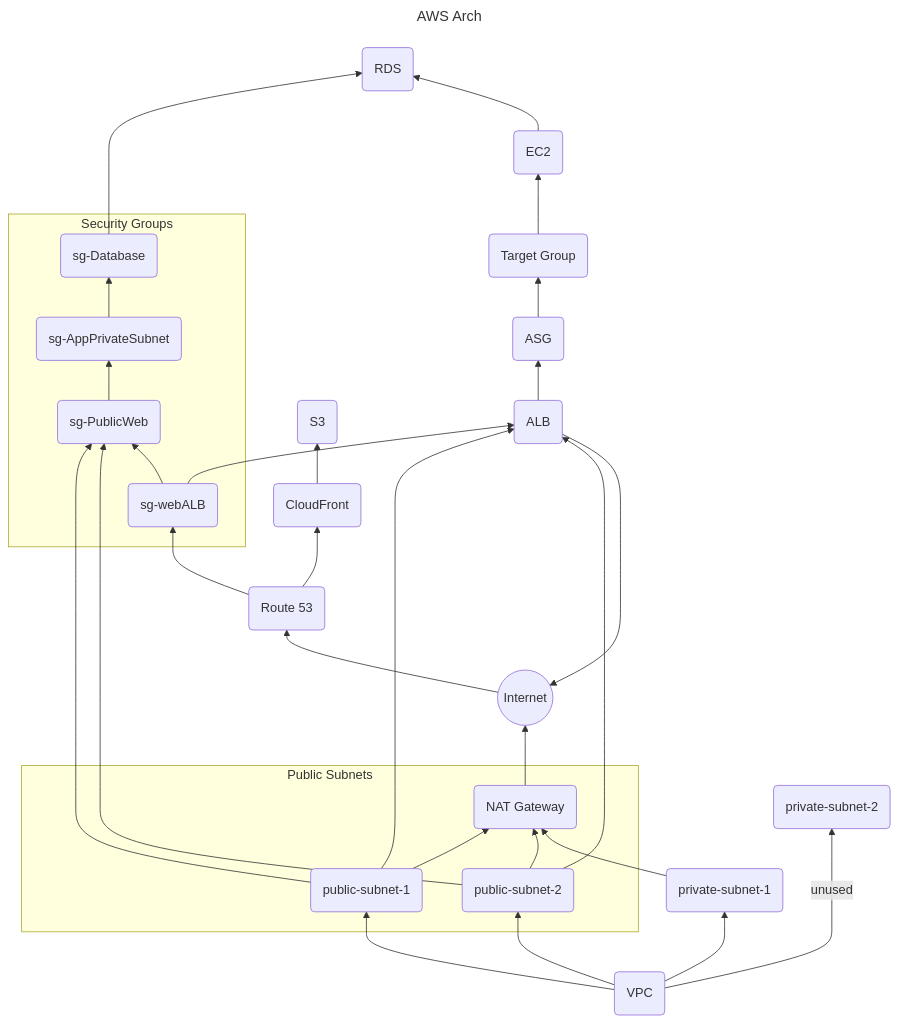
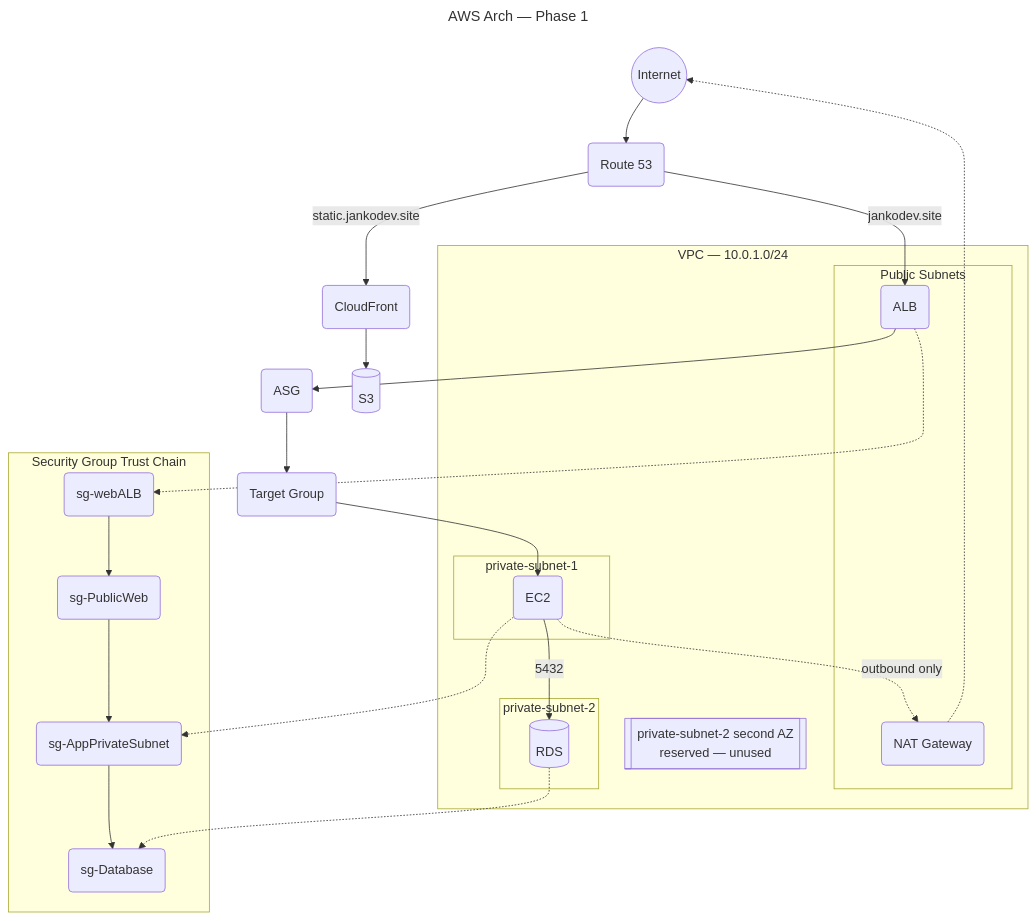
Before and after one commit to janiman89dev/OneYearDevOps: the diagram in phase-1/README.md, drawn with Mermaid.

````diff
--- a/phase-1/README.md
+++ b/phase-1/README.md
@@ -512,50 +512,44 @@
 ```mermaid
 ---
-title:  AWS Arch
+title: AWS Arch — Phase 1
 ---
-flowchart BT
-A1(public-subnet-1)
-A2(public-subnet-2)
-A3(private-subnet-1)
-A4(private-subnet-2)
-A(VPC)
-Sg1(sg-PublicWeb)
-Sg2(sg-AppPrivateSubnet)
-Sg3(sg-Database)
-Sg4(sg-webALB)
-D(RDS)
-B(S3)
-WWW((Internet))
-NG(NAT Gateway)
-LB(ALB)
-TG(Target Group)
-AS(ASG)
-E(EC2)
-R(Route 53)
-CF(CloudFront)
-subgraph Public Subnets
-A1-->NG
-A2-->NG
-end
-A-->A1
-A-->A2
-A-->A3
-A--->|unused|A4
-A1-->Sg1
-A2-->Sg1
-Sg3-->D
-subgraph Security Groups
-Sg4-->Sg1-->Sg2-->Sg3
-end
-A3-->NG
-A1-->LB
-A2-->LB
-LB-->AS
-AS-->TG-->E
-LB-->WWW
-WWW-->R-->Sg4-->LB
-E-->D
-NG-->WWW
-R-->CF
-CF-->B
+flowchart TD
+    WWW((Internet))
+    R(Route 53)
+    WWW --> R
+
+    R -->|jankodev.site| LB(ALB)
+    R -->|static.jankodev.site| CF(CloudFront)
+
+    CF --> B[(S3)]
+
+    LB --> AS(ASG)
+    AS --> TG(Target Group)
+    TG --> E(EC2)
+    E -->|"5432"| D[(RDS)]
+
+    E -.->|outbound only| NG(NAT Gateway)
+    NG -.-> WWW
+
+    subgraph VPC["VPC — 10.0.1.0/24"]
+        subgraph PubSubs["Public Subnets"]
+            LB
+            NG
+        end
+        subgraph Priv1["private-subnet-1"]
+            E
+        end
+        subgraph Priv2["private-subnet-2"]
+            D
+        end
+        A4[["private-subnet-2 second AZ<br/>reserved — unused"]]
+    end
+
+    subgraph SGs["Security Group Trust Chain"]
+        Sg4(sg-webALB) --> Sg1(sg-PublicWeb) --> Sg2(sg-AppPrivateSubnet) --> Sg3(sg-Database)
+    end
+
+    LB -.-> Sg4
+    E -.-> Sg2
+    D -.-> Sg3
 ```
````
